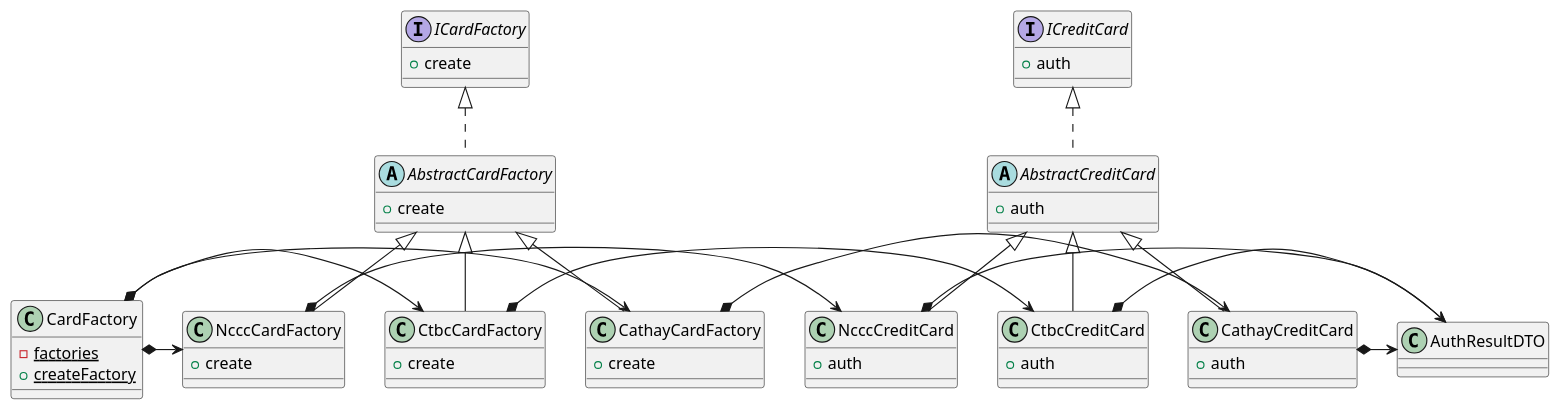
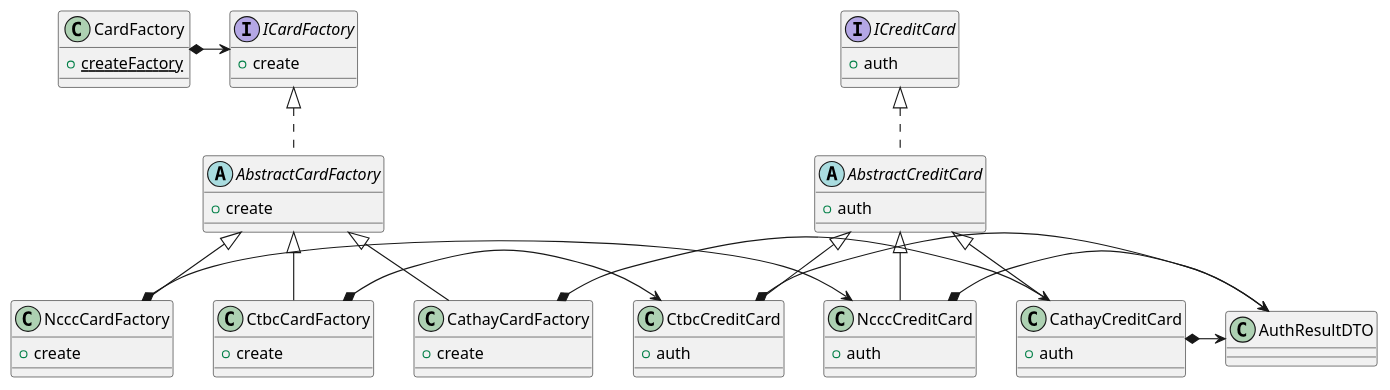
One commit to SteveTsao/DesignPattern changed the diagram in Homework5/Homework5.puml. Above: the diagram before and after it, drawn with PlantUML.

Commit message:
Class Diagram Update

```diff
--- a/Homework5/Homework5.puml
+++ b/Homework5/Homework5.puml
@@ -1,69 +1,66 @@
 @startuml
 
 class CardFactory {
-    {static}-factories
     {static}+createFactory
 }
 
 interface ICardFactory {
     +create
 }
 
 abstract class AbstractCardFactory {
     +create
 }
 
 class CathayCardFactory {
     +create
 }
 
 class CtbcCardFactory {
     +create
 }
 
 class NcccCardFactory {
     +create
 }
 
 interface ICreditCard {
     +auth
 }
 
 abstract class AbstractCreditCard {
     +auth
 }
 
 class CathayCreditCard {
     +auth
 }
 
 class CtbcCreditCard {
     +auth
 }
 
 class NcccCreditCard {
     +auth
 }
 
 class AuthResultDTO {
 }
 
-CardFactory *-> CathayCardFactory
-CardFactory *-> CtbcCardFactory
-CardFactory *-> NcccCardFactory
+CardFactory *-> ICardFactory
 ICardFactory <|.. AbstractCardFactory
 AbstractCardFactory <|-- CathayCardFactory
 AbstractCardFactory <|-- CtbcCardFactory
 AbstractCardFactory <|-- NcccCardFactory
 ICreditCard <|.. AbstractCreditCard
 AbstractCreditCard <|-- CathayCreditCard
 AbstractCreditCard <|-- CtbcCreditCard
 AbstractCreditCard <|-- NcccCreditCard
 CathayCardFactory *-> CathayCreditCard
 CtbcCardFactory *-> CtbcCreditCard
 NcccCardFactory *-> NcccCreditCard
 CathayCreditCard *-> AuthResultDTO
 CtbcCreditCard *-> AuthResultDTO
 NcccCreditCard *-> AuthResultDTO
 
 @enduml
```
